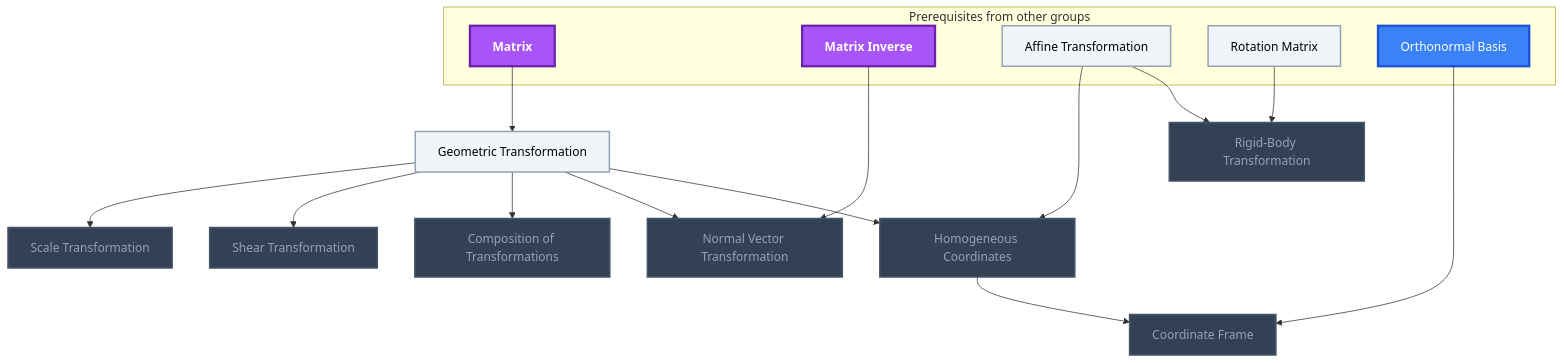
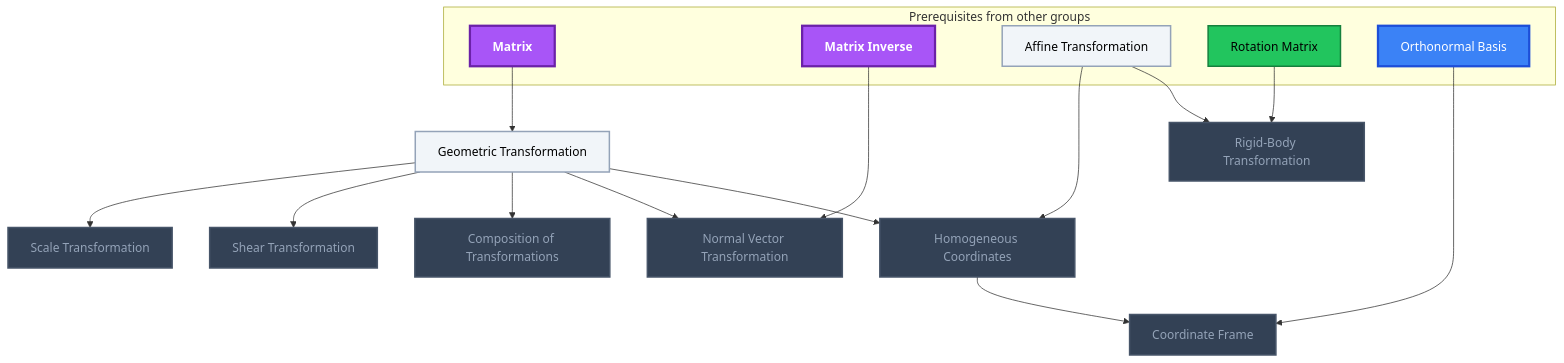
The fourth of 7 diagrams in Gamification/Skill Trees/Computer Graphics.md (MRauf1/My-Notes), drawn with Mermaid before and after one commit. The commit also changed other lines of this file and 145 other files, not shown here.

````diff
--- a/Gamification/Skill Trees/Computer Graphics.md
+++ b/Gamification/Skill Trees/Computer Graphics.md
@@ -205,44 +205,45 @@
 ```mermaid
 flowchart TD
     classDef planned fill:#1E293B,stroke:#64748B,stroke-width:2px,stroke-dasharray:5 5,color:#94A3B8;
     classDef locked fill:#334155,stroke:#475569,stroke-width:2px,color:#94A3B8;
     classDef L0 fill:#F1F5F9,stroke:#94A3B8,stroke-width:2px,color:#000000;
     classDef L1 fill:#22C55E,stroke:#15803D,stroke-width:2px,color:#000000;
     classDef L2 fill:#3B82F6,stroke:#1D4ED8,stroke-width:3px,color:#FFFFFF;
     classDef L3 fill:#A855F7,stroke:#6B21A8,stroke-width:3px,color:#FFFFFF,font-weight:bold;
     classDef L4 fill:#F97316,stroke:#C2410C,stroke-width:4px,color:#000000,font-weight:bold;
     classDef L5 fill:#FFD700,stroke:#FF8C00,stroke-width:5px,color:#000000,font-weight:bold;
     classDef rusty stroke:#8B4513,stroke-width:4px,stroke-dasharray:3 3;
     subgraph sg_prereqs["Prerequisites from other groups"]
         n_matrix["Matrix"]
         n_matrix_inverse["Matrix Inverse"]
         n_affine_transformation["Affine Transformation"]
         n_rotation_matrix["Rotation Matrix"]
         n_orthonormal_basis["Orthonormal Basis"]
     end
     n_geometric_transformation["Geometric Transformation"]
     n_scale_transformation["Scale Transformation"]
     n_shear_transformation["Shear Transformation"]
     n_composition_of_transformations["Composition of Transformations"]
     n_normal_vector_transformation["Normal Vector Transformation"]
     n_homogeneous_coordinates["Homogeneous Coordinates"]
     n_rigid_body_transformation["Rigid-Body Transformation"]
     n_coordinate_frame["Coordinate Frame"]
     n_matrix --> n_geometric_transformation
     n_geometric_transformation --> n_scale_transformation
     n_geometric_transformation --> n_shear_transformation
     n_geometric_transformation --> n_composition_of_transformations
     n_matrix_inverse --> n_normal_vector_transformation
     n_geometric_transformation --> n_normal_vector_transformation
     n_affine_transformation --> n_homogeneous_coordinates
     n_geometric_transformation --> n_homogeneous_coordinates
     n_affine_transformation --> n_rigid_body_transformation
     n_rotation_matrix --> n_rigid_body_transformation
     n_orthonormal_basis --> n_coordinate_frame
     n_homogeneous_coordinates --> n_coordinate_frame
     class n_scale_transformation,n_shear_transformation,n_composition_of_transformations,n_normal_vector_transformation,n_homogeneous_coordinates,n_rigid_body_transformation,n_coordinate_frame locked;
-    class n_affine_transformation,n_rotation_matrix,n_geometric_transformation L0;
+    class n_affine_transformation,n_geometric_transformation L0;
+    class n_rotation_matrix L1;
     class n_orthonormal_basis L2;
     class n_matrix,n_matrix_inverse L3;
     class n_matrix,n_matrix_inverse,n_affine_transformation,n_rotation_matrix,n_orthonormal_basis,n_geometric_transformation,n_scale_transformation,n_shear_transformation,n_composition_of_transformations,n_normal_vector_transformation,n_homogeneous_coordinates,n_rigid_body_transformation,n_coordinate_frame internal-link;
 ```
````
